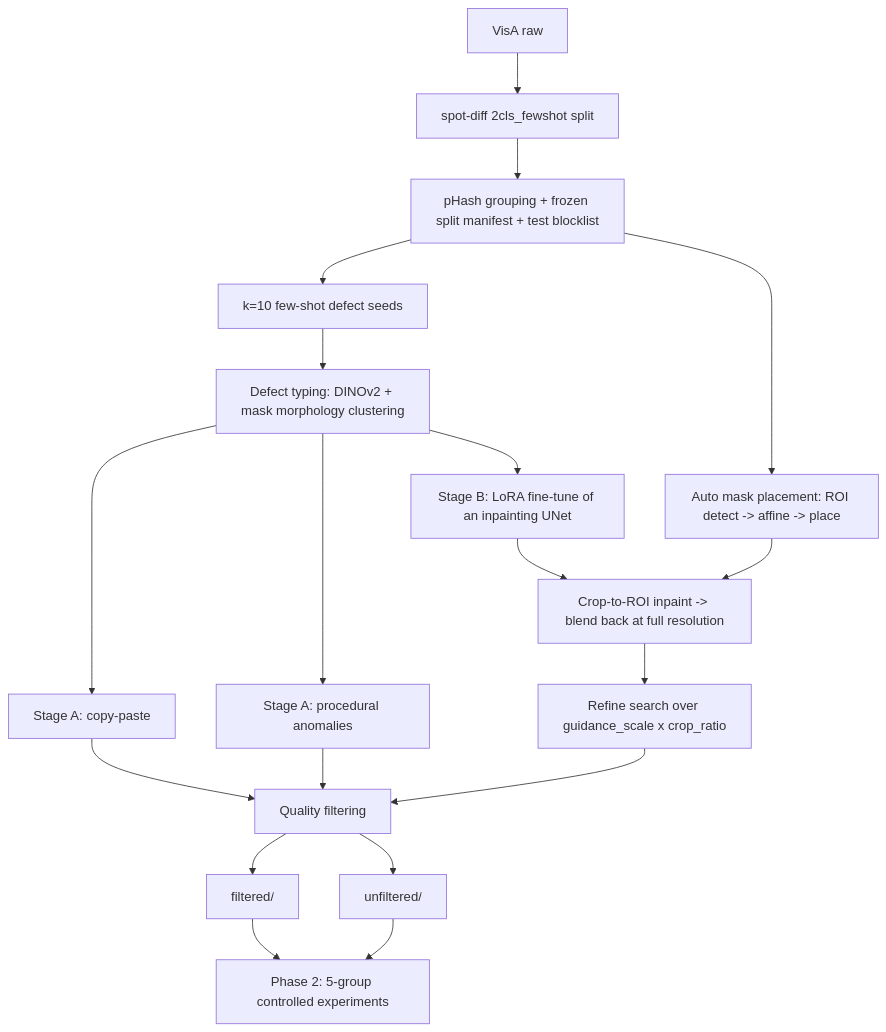
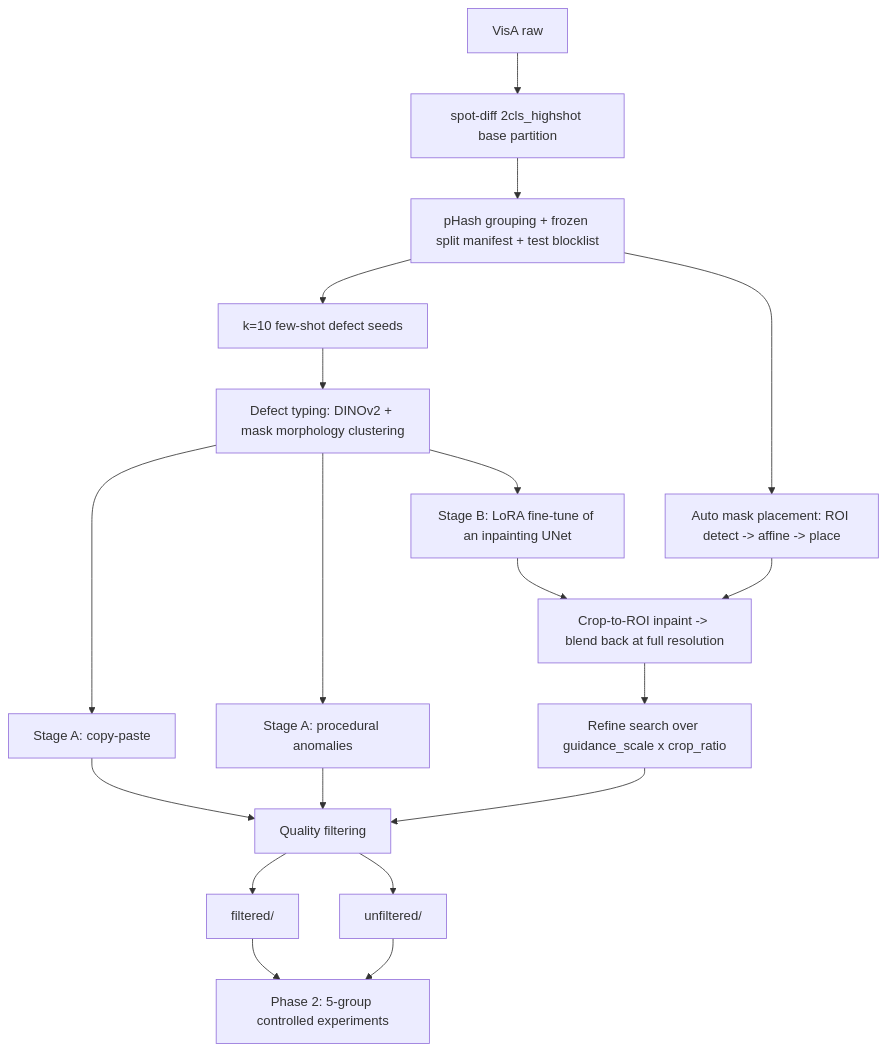
The diagram in README.md (kuotunyu/defectforge-visa-synthetic-data), drawn with Mermaid before and after one commit. The commit also changed other lines of this file and 15 other files, not shown here.

````diff
--- a/README.md
+++ b/README.md
@@ -35,25 +53,25 @@
 ```mermaid
 flowchart TD
-    A[VisA raw] --> B[spot-diff 2cls_fewshot split]
+    A[VisA raw] --> B[spot-diff 2cls_highshot base partition]
     B --> C[pHash grouping + frozen split manifest + test blocklist]
     C --> D[k=10 few-shot defect seeds]
     D --> E[Defect typing: DINOv2 + mask morphology clustering]
 
     E --> F1[Stage A: copy-paste]
     E --> F2[Stage A: procedural anomalies]
     E --> G[Stage B: LoRA fine-tune of an inpainting UNet]
 
     C --> H[Auto mask placement: ROI detect -> affine -> place]
     G --> I[Crop-to-ROI inpaint -> blend back at full resolution]
     H --> I
     I --> J[Refine search over guidance_scale x crop_ratio]
 
     F1 --> K[Quality filtering]
     F2 --> K
     J --> K
     K --> L1[filtered/]
     K --> L2[unfiltered/]
 
     L1 --> M[Phase 2: 5-group controlled experiments]
     L2 --> M
 ```
````
